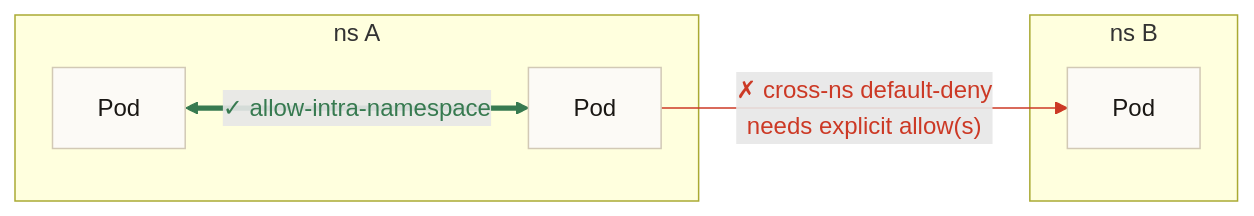
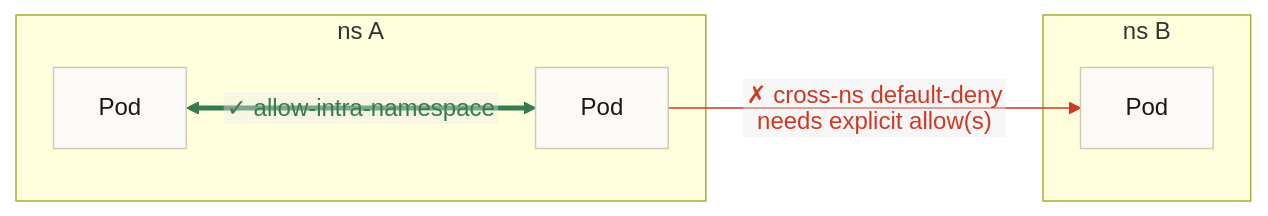
One commit to yu-min3/kensan-lab changed the second of 3 diagrams in kubernetes/network/README.md. Above: the diagram before and after it, drawn with Mermaid. The commit also changed other lines of this file and 2 other files, not shown here.

````diff
--- a/kubernetes/network/README.md
+++ b/kubernetes/network/README.md
@@ -65,14 +66,15 @@
 ```mermaid
+%%{init: {"flowchart": {"htmlLabels": false}} }%%
 flowchart LR
     subgraph nsA["ns A"]
         A1[Pod] <==>|"✓ allow-intra-namespace"| A2[Pod]
     end
     subgraph nsB["ns B"]
         B1[Pod]
     end
     A2 -->|"✗ cross-ns default-deny<br/>needs explicit allow(s)"| B1
 
     classDef default fill:#FCFAF6,stroke:#D2C9B5,color:#1A1714
     linkStyle 0 stroke:#377A50,color:#377A50
     linkStyle 1 stroke:#CC3925,color:#CC3925
 ```
````
